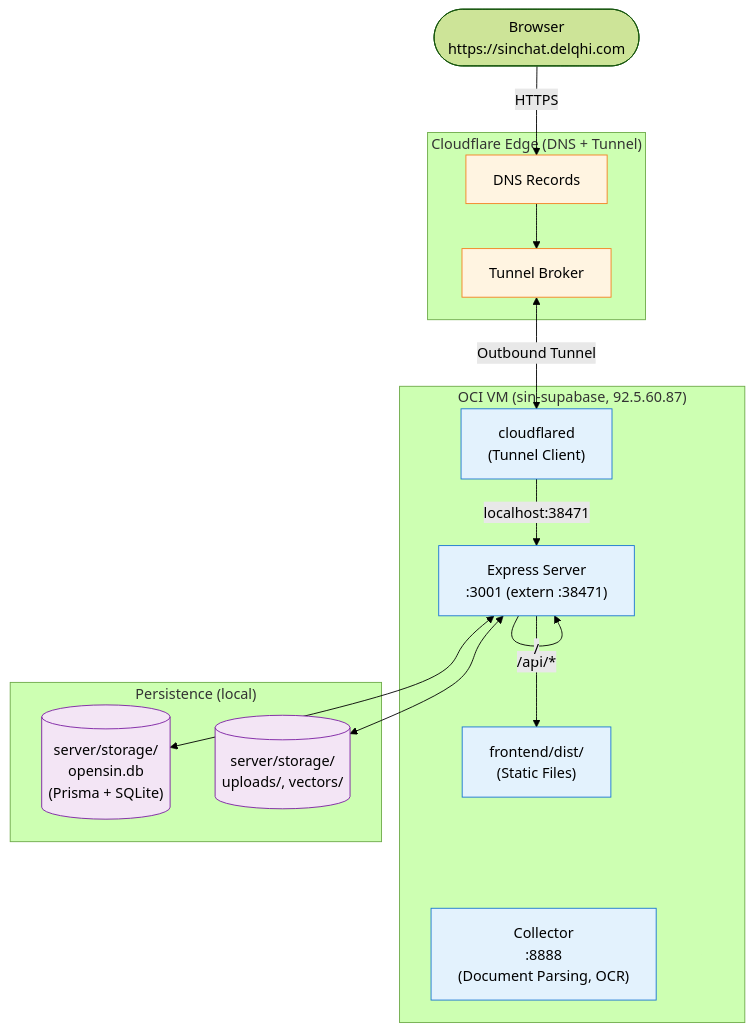
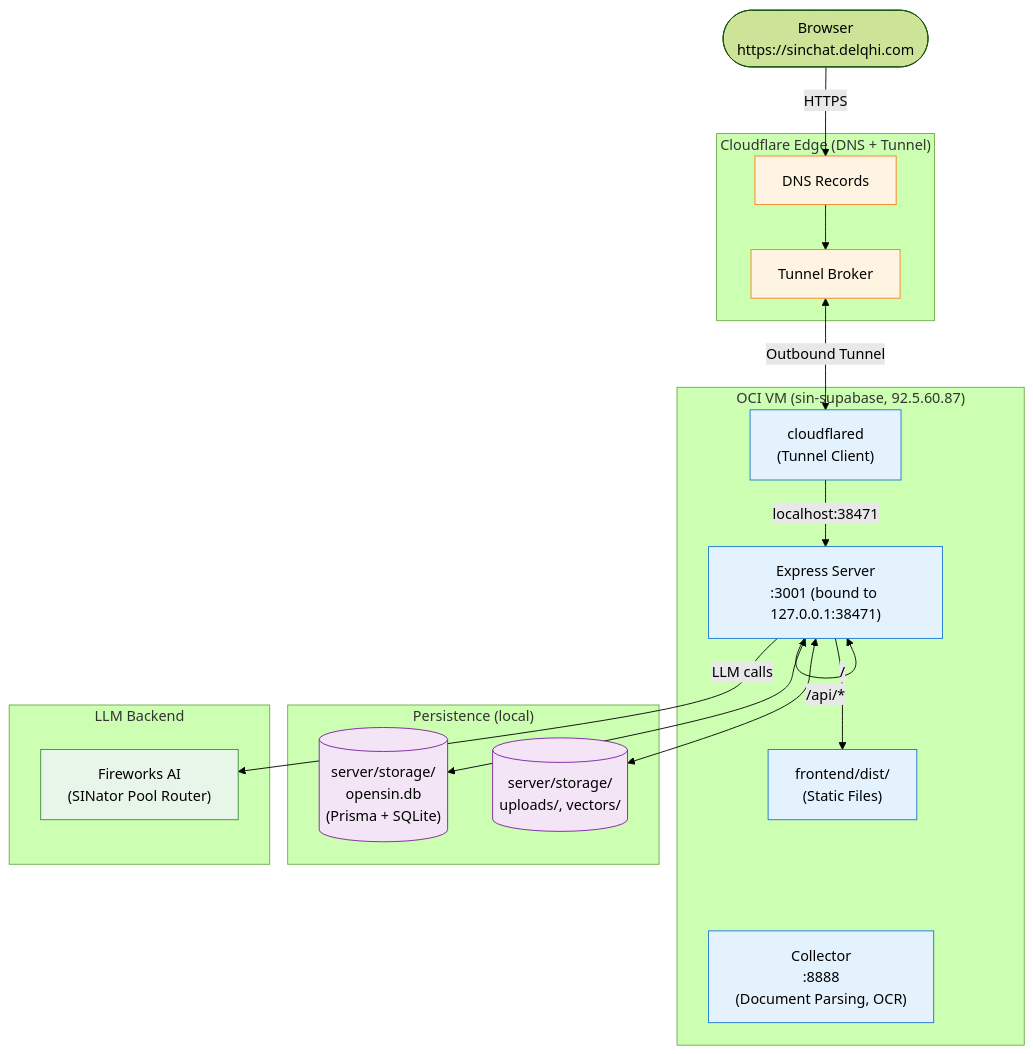
The diagram in README.md (OpenSIN-AI/OpenSIN-Chat), drawn with Mermaid (forest theme) before and after one commit. The commit also changed other lines of this file and 12 other files, not shown here.

````diff
--- a/README.md
+++ b/README.md
@@ -82,37 +107,44 @@
 ```mermaid
 flowchart TB
     User(["Browser<br/>https://sinchat.delqhi.com"])
 
     subgraph Cloudflare["Cloudflare Edge (DNS + Tunnel)"]
         DNS["DNS Records"]
         Tunnel["Tunnel Broker"]
     end
 
     subgraph Host["OCI VM (sin-supabase, 92.5.60.87)"]
         Cloudflared["cloudflared<br/>(Tunnel Client)"]
-        Express["Express Server<br/>:3001 (extern :38471)"]
+        Express["Express Server<br/>:3001 (bound to 127.0.0.1:38471)"]
         Collector["Collector<br/>:8888<br/>(Document Parsing, OCR)"]
         Frontend["frontend/dist/<br/>(Static Files)"]
     end
 
     subgraph Data["Persistence (local)"]
         SQLite[("server/storage/<br/>opensin.db<br/>(Prisma + SQLite)")]
         Files[("server/storage/<br/>uploads/, vectors/")]
     end
 
+    subgraph LLM["LLM Backend"]
+        Fireworks["Fireworks AI<br/>(SINator Pool Router)"]
+    end
+
     User -->|HTTPS| DNS
     DNS --> Tunnel
     Tunnel <-->|Outbound Tunnel| Cloudflared
     Cloudflared -->|localhost:38471| Express
+    Express -->|"/"| Frontend
     Express -->|"/api/*"| Express
-    Express -->|"/"| Frontend
+    Express -->|LLM calls| Fireworks
     Express <--> SQLite
     Express <--> Files
 
     classDef cloud fill:#fff4e1,stroke:#f48120,color:#000
     classDef mac fill:#e3f2fd,stroke:#1976d2,color:#000
     classDef data fill:#f3e5f5,stroke:#7b1fa2,color:#000
+    classDef llm fill:#e8f5e9,stroke:#388e3c,color:#000
     class DNS,Tunnel cloud
     class Cloudflared,Express,Collector,Frontend mac
     class SQLite,Files data
+    class Fireworks llm
 ```
````
